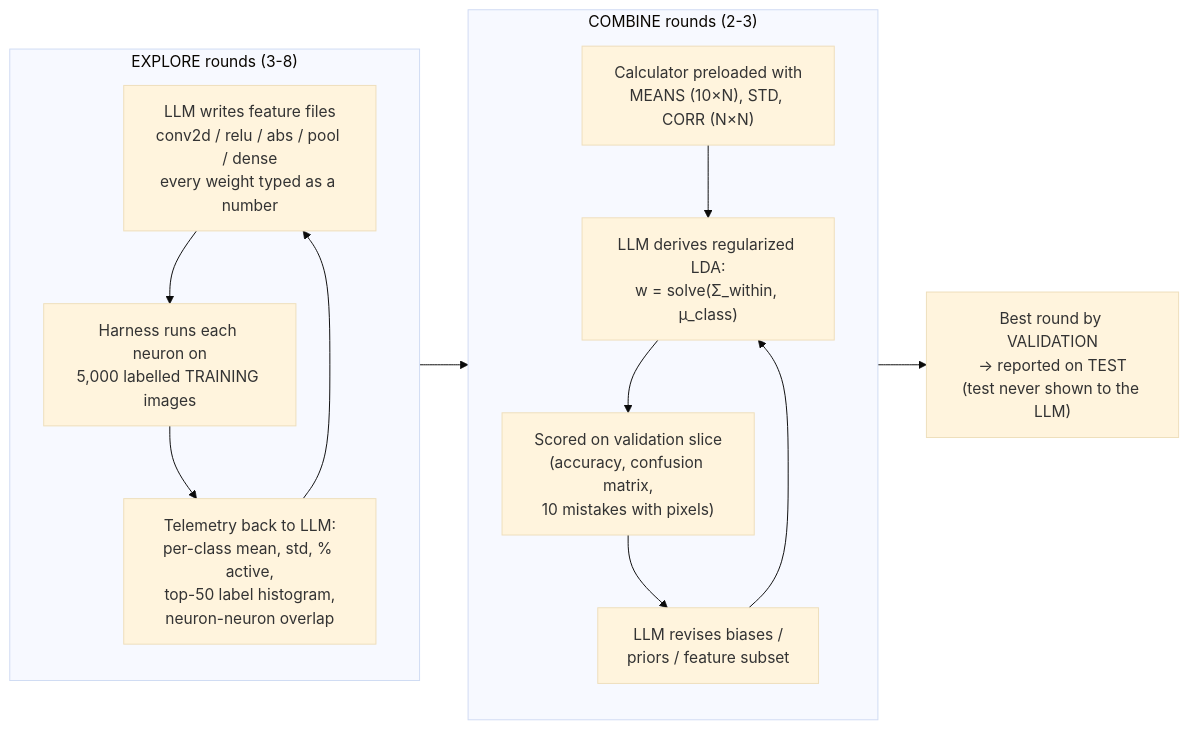
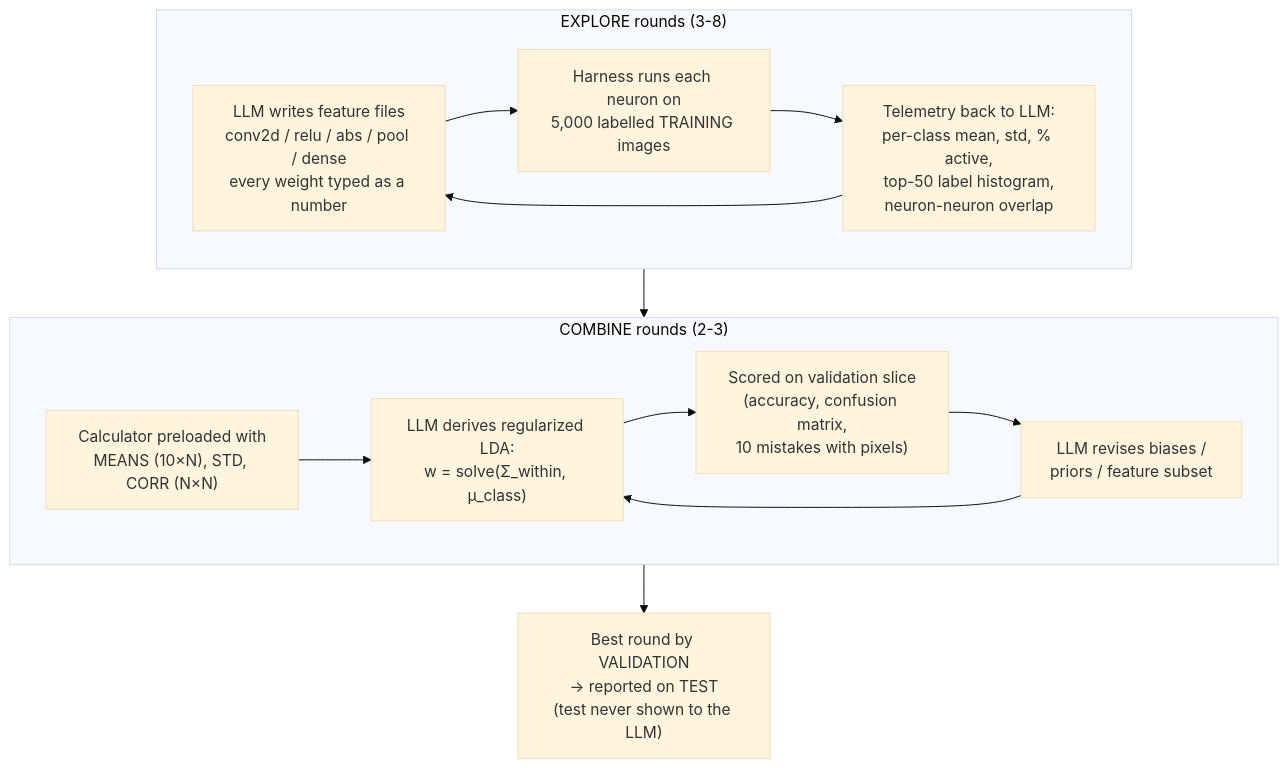
Before and after one commit to Dh-Van/llm-weight-programming: the first of 2 diagrams in README.md, drawn with Mermaid (base theme).

Commit message:
README: lay out the pipeline diagram top-to-bottom for narrow screens

````diff
--- a/README.md
+++ b/README.md
@@ -58,16 +58,16 @@
 ```mermaid
-flowchart LR
+flowchart TB
     subgraph E["EXPLORE rounds (3-8)"]
         A["LLM writes feature files<br/>conv2d / relu / abs / pool / dense<br/>every weight typed as a number"] --> B["Harness runs each neuron on<br/>5,000 labelled TRAINING images"]
         B --> C["Telemetry back to LLM:<br/>per-class mean, std, % active,<br/>top-50 label histogram,<br/>neuron-neuron overlap"]
         C --> A
     end
     subgraph K["COMBINE rounds (2-3)"]
         D["Calculator preloaded with<br/>MEANS (10×N), STD, CORR (N×N)"] --> F["LLM derives regularized LDA:<br/>w = solve(Σ_within, μ_class)"]
         F --> G["Scored on validation slice<br/>(accuracy, confusion matrix,<br/>10 mistakes with pixels)"]
         G --> H["LLM revises biases /<br/>priors / feature subset"]
         H --> F
     end
     E --> K
     K --> T["Best round by VALIDATION<br/>→ reported on TEST<br/>(test never shown to the LLM)"]
 ```
````
